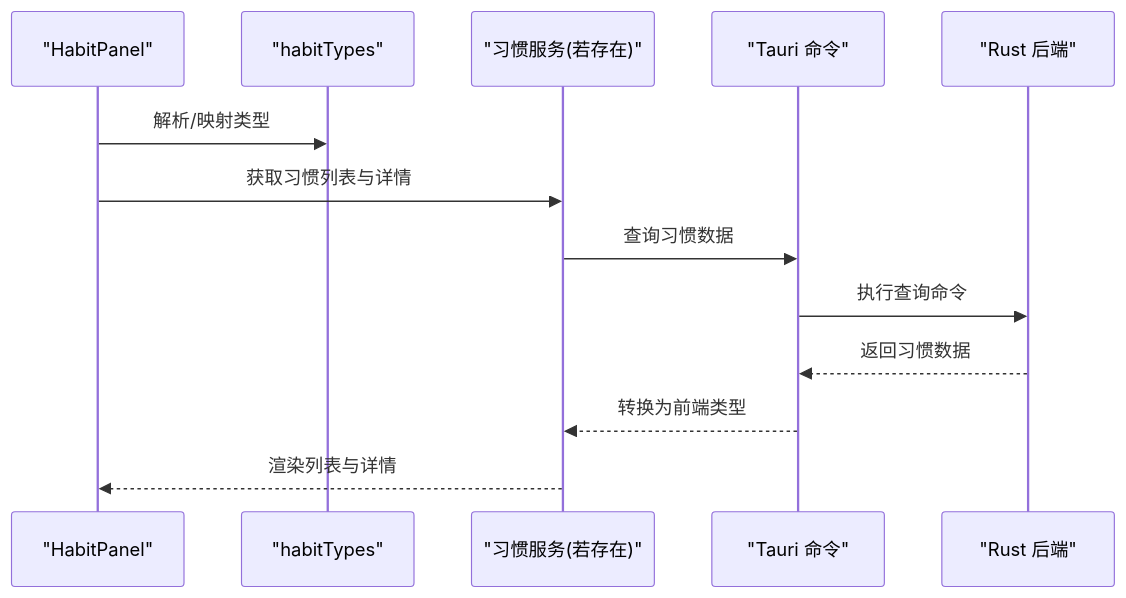
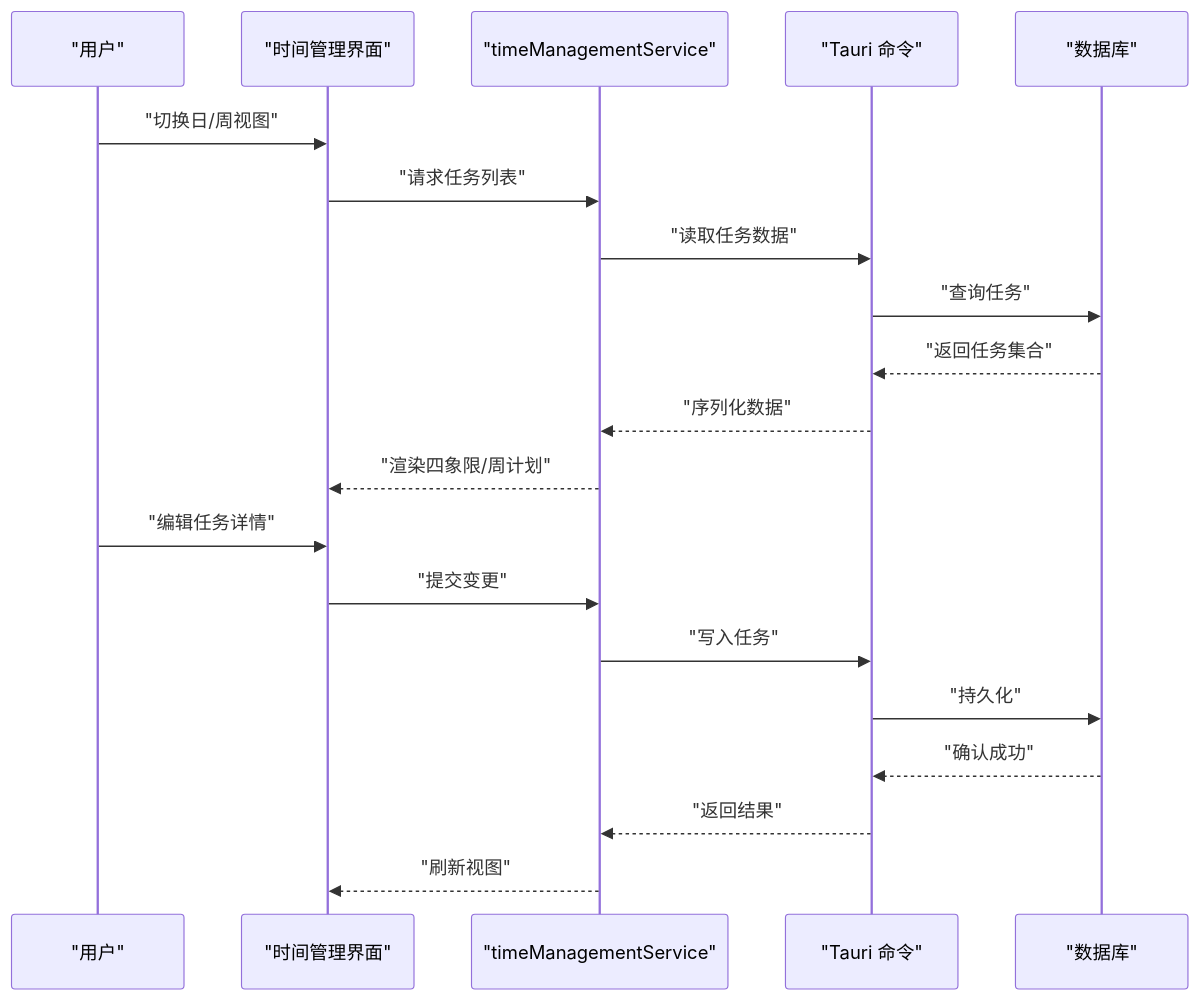
The fourth of 6 diagrams in .qoder/repowiki/zh/content/项目概述/项目概述.md (gzdxhujiale/FishWorker), drawn with Mermaid before and after one commit. The commit also changed other lines of this file and 238 other files, not shown here.

````diff
--- a/.qoder/repowiki/zh/content/项目概述/项目概述.md
+++ b/.qoder/repowiki/zh/content/项目概述/项目概述.md
@@ -225,15 +214,22 @@
 ```mermaid
 sequenceDiagram
-participant Panel as "HabitPanel"
-participant Types as "habitTypes"
-participant Service as "习惯服务(若存在)"
+participant User as "用户"
+participant UI as "时间管理界面"
+participant Svc as "timeManagementService"
 participant Tauri as "Tauri 命令"
-participant Backend as "Rust 后端"
-Panel->>Types : 解析/映射类型
-Panel->>Service : 获取习惯列表与详情
-Service->>Tauri : 查询习惯数据
-Tauri->>Backend : 执行查询命令
-Backend-->>Tauri : 返回习惯数据
-Tauri-->>Service : 转换为前端类型
-Service-->>Panel : 渲染列表与详情
+participant DB as "数据库"
+User->>UI : "切换日/周视图"
+UI->>Svc : "请求任务列表"
+Svc->>Tauri : "读取任务数据"
+Tauri->>DB : "查询任务"
+DB-->>Tauri : "返回任务集合"
+Tauri-->>Svc : "序列化数据"
+Svc-->>UI : "渲染四象限/周计划"
+User->>UI : "编辑任务详情"
+UI->>Svc : "提交变更"
+Svc->>Tauri : "写入任务"
+Tauri->>DB : "持久化"
+DB-->>Tauri : "确认成功"
+Tauri-->>Svc : "返回结果"
+Svc-->>UI : "刷新视图"
 ```
````
